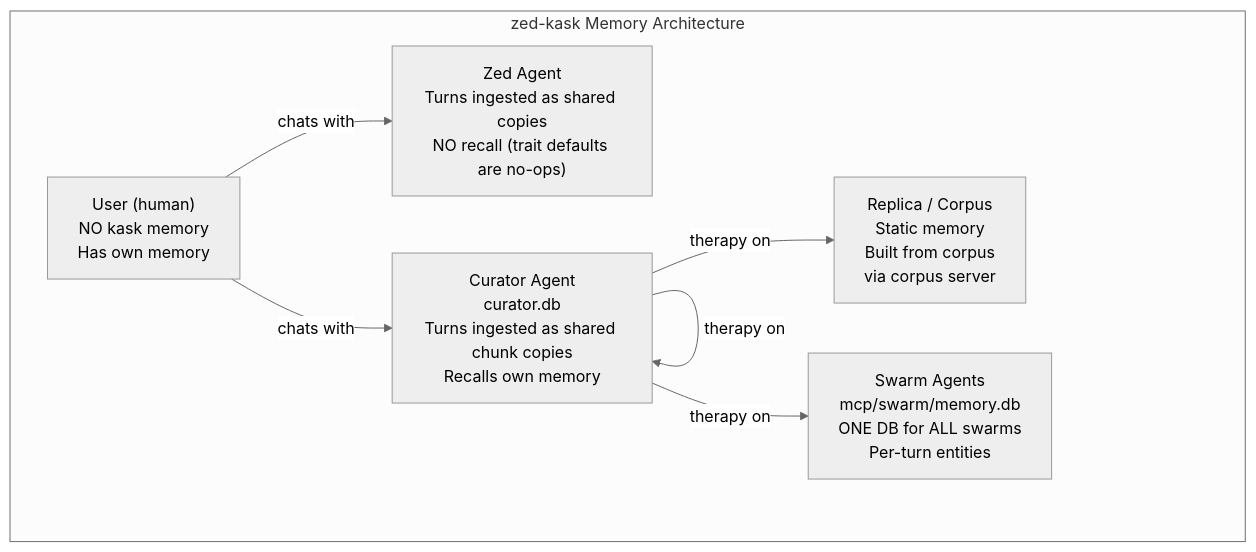
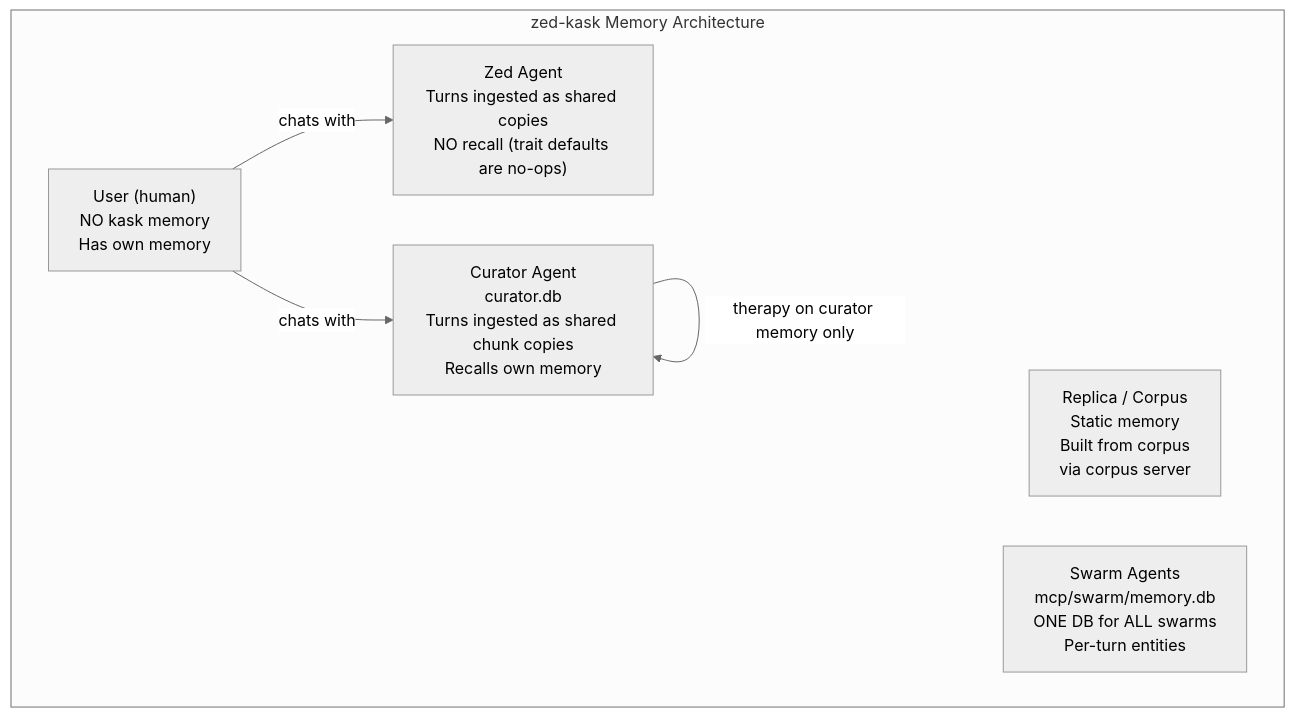
The sixth of 6 diagrams in kask/docs/architecture/memory-system-specification.md (mdz-axo/zed-kask), drawn with Mermaid (neutral theme) before and after one commit. The commit also changed 27 other files, not shown here.

First line of the commit message:
Streamline MCP execution and curator therapy

````diff
--- a/kask/docs/architecture/memory-system-specification.md
+++ b/kask/docs/architecture/memory-system-specification.md
@@ -1211,16 +1211,14 @@
 ```mermaid
 graph TD
     subgraph "zed-kask Memory Architecture"
         User["User (human)<br/>NO kask memory<br/>Has own memory"]
         ZedAgent["Zed Agent<br/>Turns ingested as shared copies<br/>NO recall (trait defaults are no-ops)"]
         Curator["Curator Agent<br/>curator.db<br/>Turns ingested as shared chunk copies<br/>Recalls own memory"]
         Corpus["Replica / Corpus<br/>Static memory<br/>Built from corpus<br/>via corpus server"]
         Swarm["Swarm Agents<br/>mcp/swarm/memory.db<br/>ONE DB for ALL swarms<br/>Per-turn entities"]
     end
 
     User -->|chats with| ZedAgent
     User -->|chats with| Curator
-    Curator -->|therapy on| Curator
-    Curator -->|therapy on| Corpus
-    Curator -->|therapy on| Swarm
+    Curator -->|therapy on curator memory only| Curator
 ```
````
